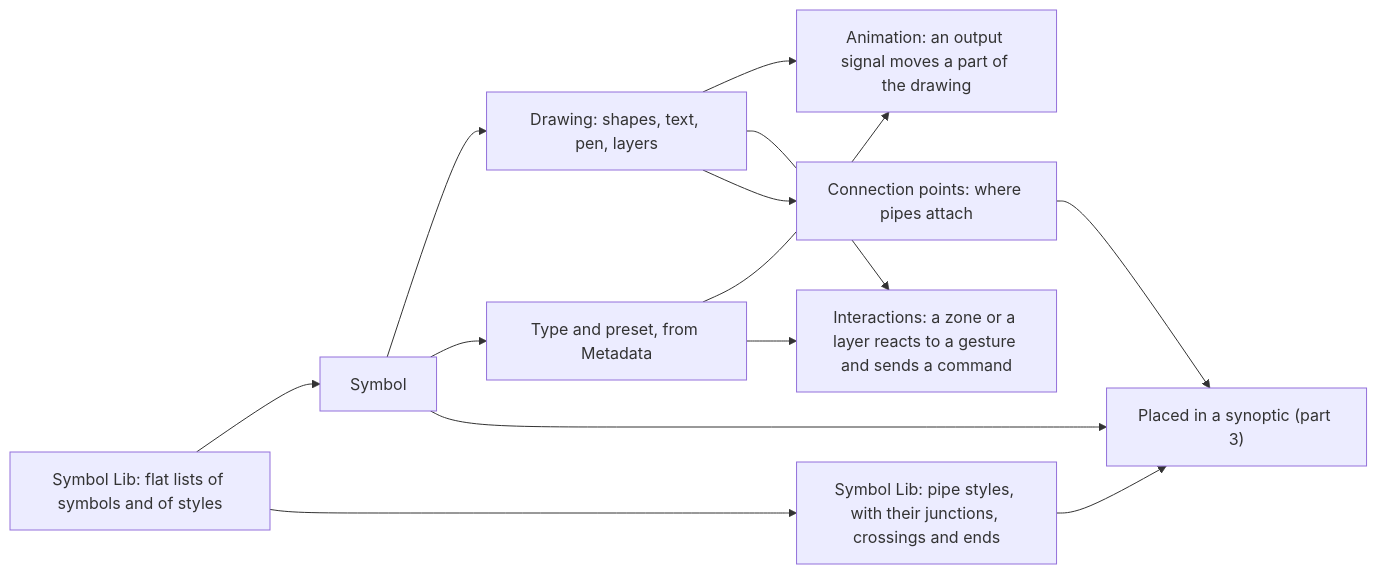
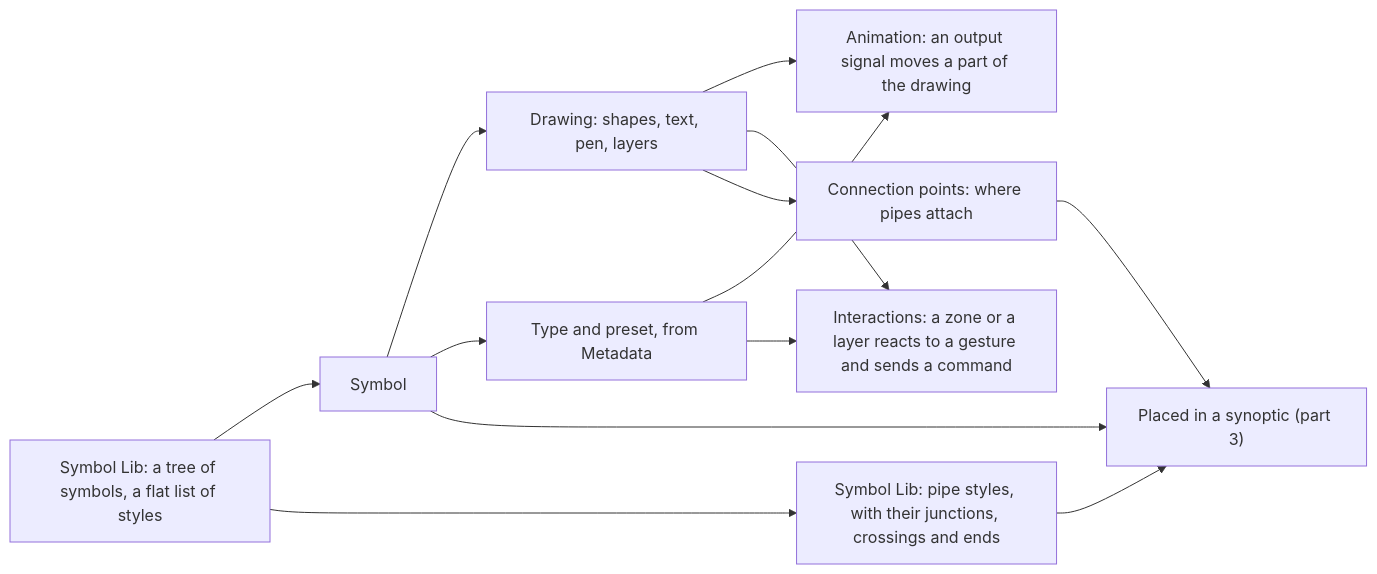
Before and after one commit to AlexandreGallais/synoptic-studio-spec: the diagram in symbols/README.md, drawn with Mermaid. The commit also changed other lines of this file and 4 other files, not shown here.

````diff
--- a/symbols/README.md
+++ b/symbols/README.md
@@ -13,15 +13,15 @@
 ```mermaid
 flowchart LR
-    L["Symbol Lib: flat lists of symbols and of styles"] --> S["Symbol"]
+    L["Symbol Lib: a tree of symbols, a flat list of styles"] --> S["Symbol"]
     L --> L2
     S --> D["Drawing: shapes, text, pen, layers"]
     S --> T["Type and preset, from Metadata"]
     D --> A["Animation: an output signal moves a part of the drawing"]
     D --> I["Interactions: a zone or a layer reacts to a gesture and sends a command"]
     T --> A
     T --> I
     S --> Y["Placed in a synoptic (part 3)"]
     D --> K["Connection points: where pipes attach"]
     L2["Symbol Lib: pipe styles, with their junctions, crossings and ends"] --> Y
     K --> Y
 ```
````
